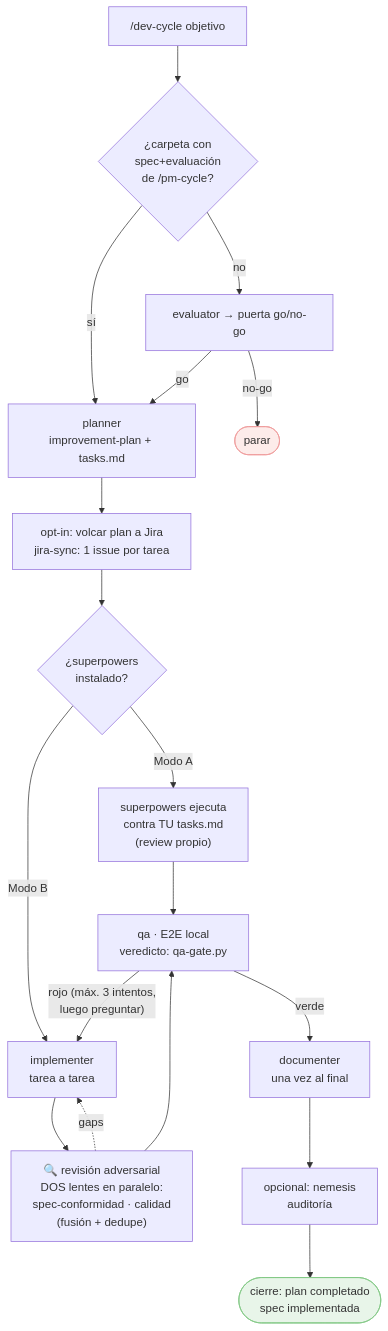
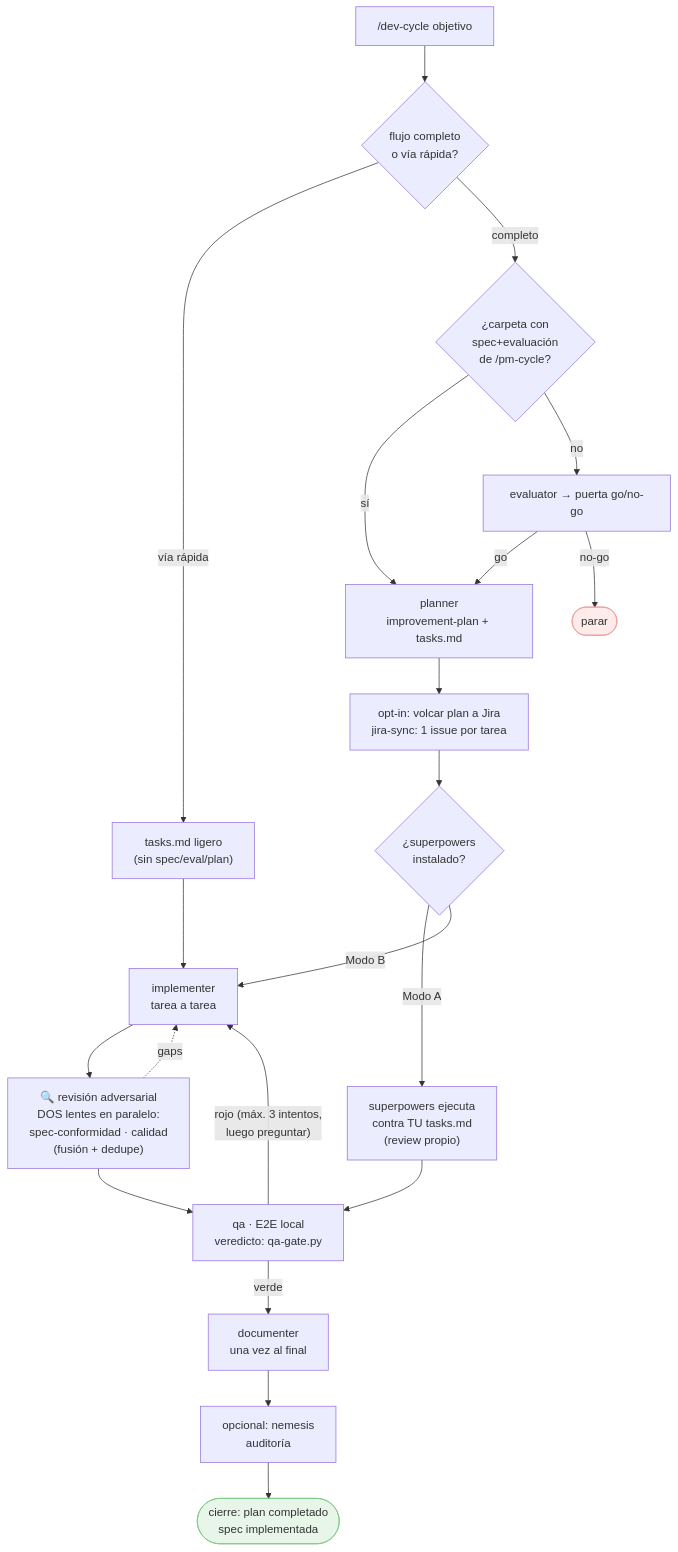
One commit to daycry/custom-agents changed the fourth of 9 diagrams in docs/FLOWS.md. Above: the diagram before and after it, drawn with Mermaid. The commit also changed other lines of this file and 8 other files, not shown here.

Commit message:
feat: traza por intento + puerta de entrada /dev-cycle + fix CI (v1.9.1)

````diff
--- a/docs/FLOWS.md
+++ b/docs/FLOWS.md
@@ -74,22 +76,25 @@
 ```mermaid
 flowchart TD
-    A["/dev-cycle objetivo"] --> B{"¿carpeta con\nspec+evaluación\nde /pm-cycle?"}
+    A["/dev-cycle objetivo"] --> Z{"flujo completo\no vía rápida?"}
+    Z -->|vía rápida| Q["tasks.md ligero\n(sin spec/eval/plan)"]
+    Q --> H
+    Z -->|completo| B{"¿carpeta con\nspec+evaluación\nde /pm-cycle?"}
     B -->|sí| D
     B -->|no| C["evaluator → puerta go/no-go"]
     C -->|go| D["planner\nimprovement-plan + tasks.md"]
     C -->|no-go| X(["parar"])
     D --> E["opt-in: volcar plan a Jira\njira-sync: 1 issue por tarea"]
     E --> F{"¿superpowers\ninstalado?"}
     F -->|Modo A| G["superpowers ejecuta\ncontra TU tasks.md\n(review propio)"]
     F -->|Modo B| H["implementer\ntarea a tarea"]
     H --> R["🔍 revisión adversarial\nDOS lentes en paralelo:\nspec-conformidad · calidad\n(fusión + dedupe)"]
     R -.->|gaps| H
     G --> I["qa · E2E local\nveredicto: qa-gate.py"]
     R --> I
     I -->|"rojo (máx. 3 intentos,\nluego preguntar)"| H
     I -->|verde| J["documenter\nuna vez al final"]
     J --> K["opcional: nemesis\nauditoría"]
     K --> L(["cierre: plan completado\nspec implementada"])
     style X fill:#fdecea,stroke:#ef9a9a
     style L fill:#e8f5e9,stroke:#81c784
 ```
````
